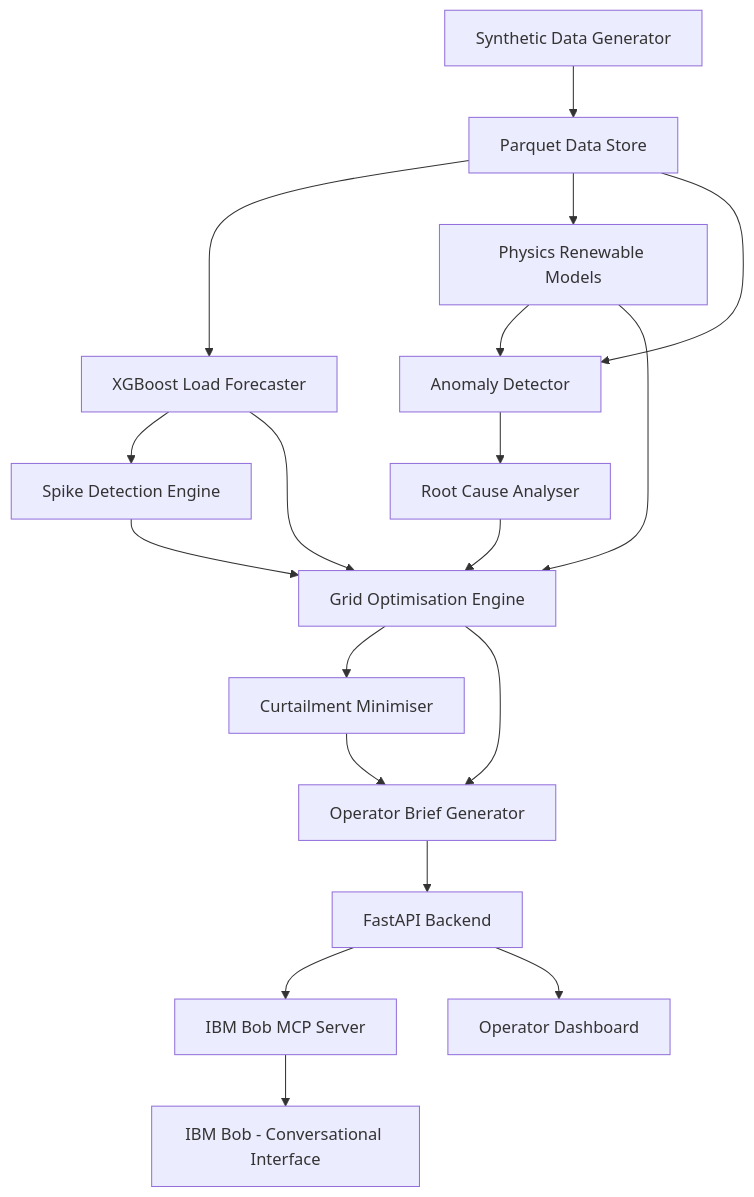
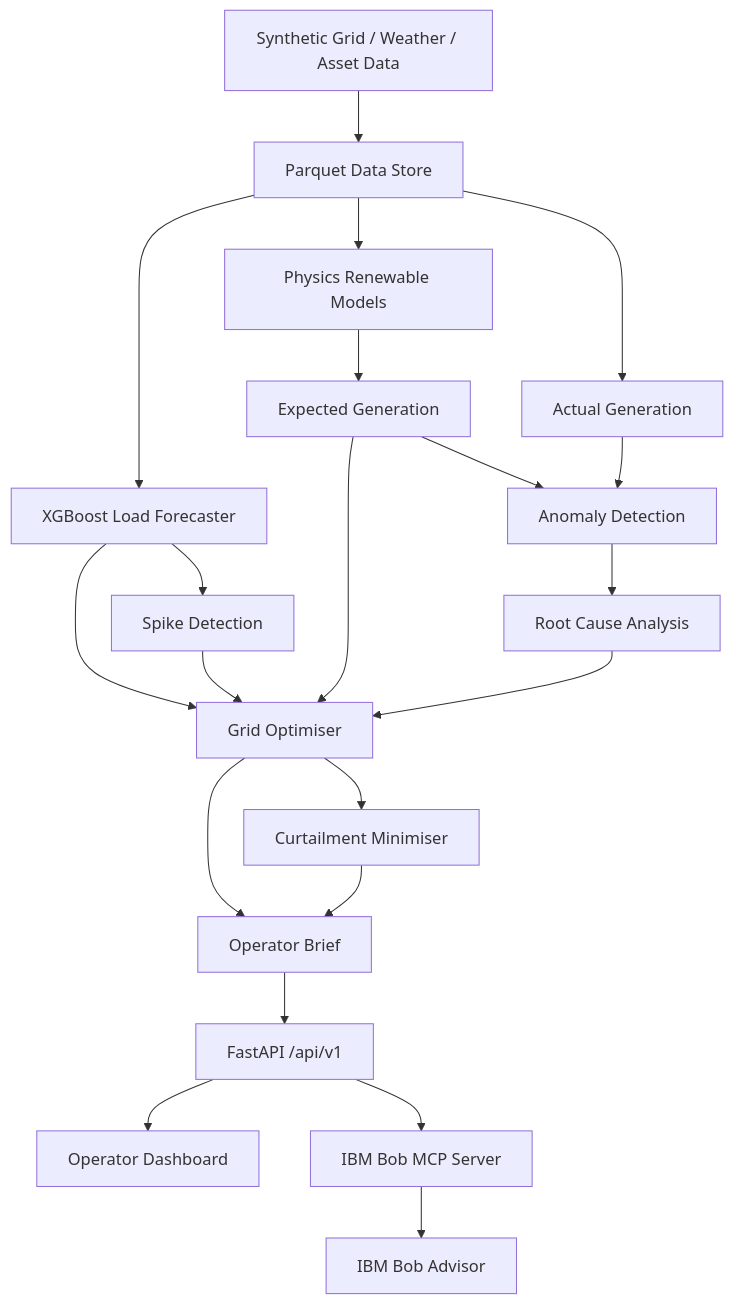
The diagram in README.md (AryanPatelD/bob-ai-hackathon-outliers), drawn with Mermaid before and after one commit. The commit also changed other lines of this file and 1 other file, not shown here.

````diff
--- a/README.md
+++ b/README.md
@@ -49,21 +560,34 @@
 ```mermaid
 flowchart TD
-    A[Synthetic Data Generator] --> B[Parquet Data Store]
+    A[Synthetic Grid / Weather / Asset Data] --> B[Parquet Data Store]
+
     B --> C[XGBoost Load Forecaster]
     B --> D[Physics Renewable Models]
-    B --> E[Anomaly Detector]
-    C --> F[Spike Detection Engine]
-    D --> E
-    E --> G[Root Cause Analyser]
-    C --> H[Grid Optimisation Engine]
-    D --> H
-    F --> H
+
+    C --> E[Spike Detection]
+    D --> F[Expected Generation]
+
+    B --> G[Actual Generation]
+
+    F --> H[Anomaly Detection]
     G --> H
-    H --> I[Curtailment Minimiser]
-    H --> J[Operator Brief Generator]
+
+    H --> I[Root Cause Analysis]
+
+    C --> J[Grid Optimiser]
+    E --> J
+    F --> J
     I --> J
-    J --> K[FastAPI Backend]
-    K --> L[IBM Bob MCP Server]
-    K --> M[Operator Dashboard]
-    L --> N[IBM Bob - Conversational Interface]
+
+    J --> K[Curtailment Minimiser]
+
+    J --> L[Operator Brief]
+    K --> L
+
+    L --> M[FastAPI /api/v1]
+
+    M --> N[Operator Dashboard]
+    M --> O[IBM Bob MCP Server]
+
+    O --> P[IBM Bob Advisor]
 ```
````
